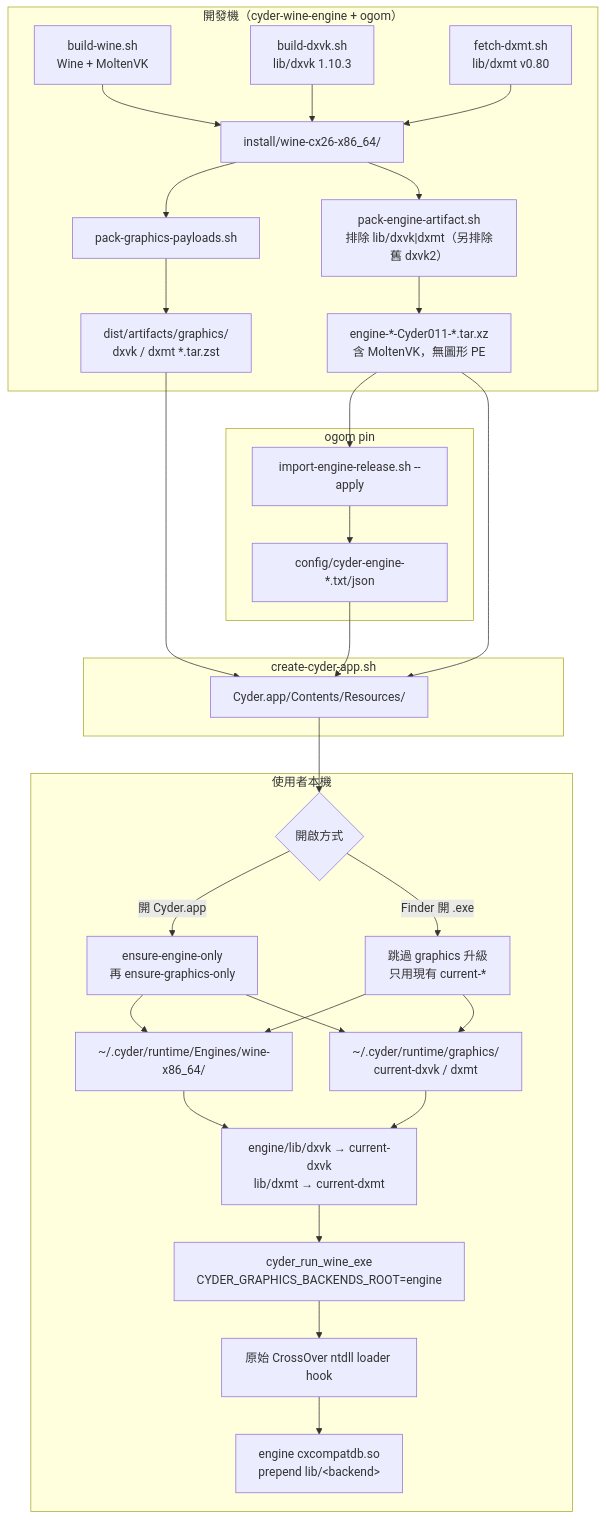
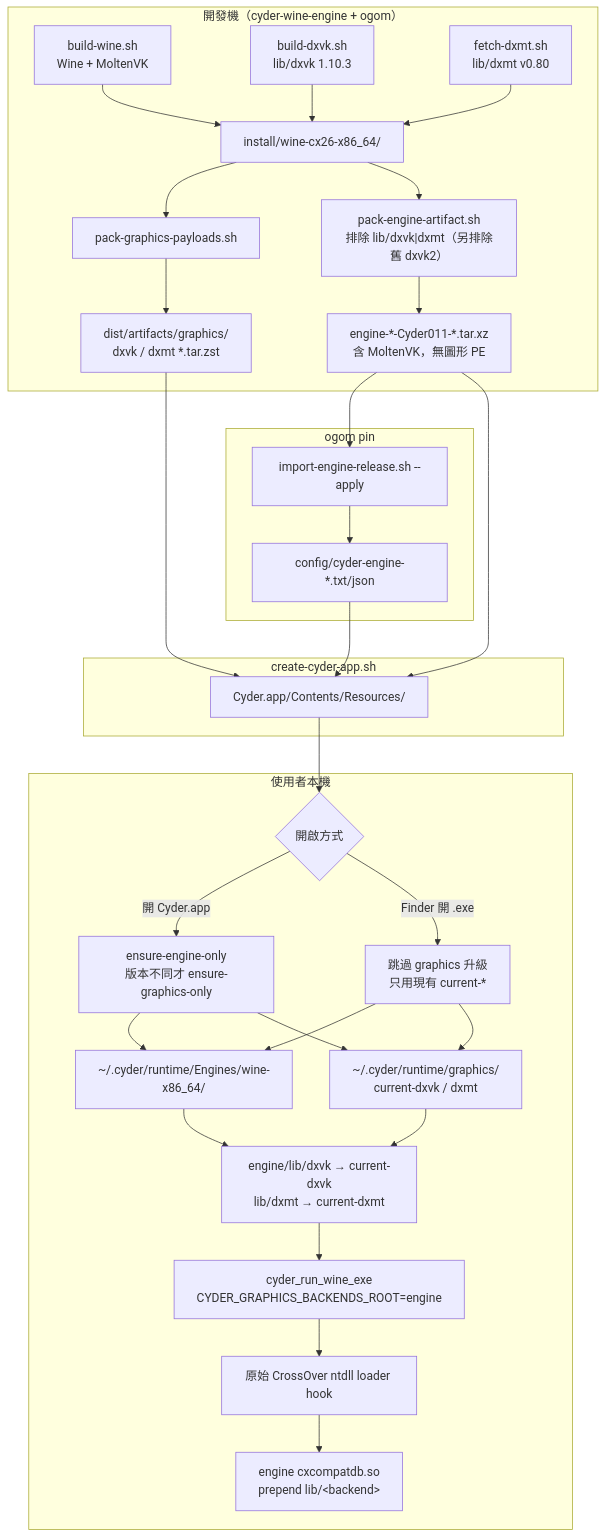
The first of 5 diagrams in docs/cyder-graphics-runtime-pipeline.zh-TW.md (dspp779/CyderBits), drawn with Mermaid before and after one commit. The commit also changed other lines of this file and 2 other files, not shown here.

First line of the commit message:
perf(app): gate graphics ensure on bundled version

````diff
--- a/docs/cyder-graphics-runtime-pipeline.zh-TW.md
+++ b/docs/cyder-graphics-runtime-pipeline.zh-TW.md
@@ -23,42 +23,42 @@
 ```mermaid
 flowchart TB
   subgraph build["開發機（cyder-wine-engine + ogom）"]
     WINE["build-wine.sh<br/>Wine + MoltenVK"]
     DX1["build-dxvk.sh<br/>lib/dxvk 1.10.3"]
     DXMT["fetch-dxmt.sh<br/>lib/dxmt v0.80"]
     WINE --> INSTALL["install/wine-cx26-x86_64/"]
     DX1 --> INSTALL
     DXMT --> INSTALL
     INSTALL --> PACKG["pack-graphics-payloads.sh"]
     PACKG --> GART["dist/artifacts/graphics/<br/>dxvk / dxmt *.tar.zst"]
     INSTALL --> PACKE["pack-engine-artifact.sh<br/>排除 lib/dxvk|dxmt（另排除舊 dxvk2）"]
     PACKE --> EART["engine-*-Cyder011-*.tar.xz<br/>含 MoltenVK，無圖形 PE"]
   end
 
   subgraph pin["ogom pin"]
     IMP["import-engine-release.sh --apply"]
     EART --> IMP
     IMP --> CFG["config/cyder-engine-*.txt/json"]
   end
 
   subgraph app["create-cyder-app.sh"]
     CFG --> BUNDLE["Cyder.app/Contents/Resources/"]
     GART --> BUNDLE
     EART --> BUNDLE
   end
 
   subgraph user["使用者本機"]
     BUNDLE --> OPEN{"開啟方式"}
-    OPEN -->|"開 Cyder.app"| ENS["ensure-engine-only<br/>再 ensure-graphics-only"]
+    OPEN -->|"開 Cyder.app"| ENS["ensure-engine-only<br/>版本不同才 ensure-graphics-only"]
     OPEN -->|"Finder 開 .exe"| SKIP["跳過 graphics 升級<br/>只用現有 current-*"]
     ENS --> ENG["~/.cyder/runtime/Engines/wine-x86_64/"]
     ENS --> GFX["~/.cyder/runtime/graphics/<br/>current-dxvk / dxmt"]
     SKIP --> ENG
     SKIP --> GFX
     ENG --> LINK["engine/lib/dxvk → current-dxvk<br/>lib/dxmt → current-dxmt"]
     GFX --> LINK
     LINK --> LAUNCH["cyder_run_wine_exe<br/>CYDER_GRAPHICS_BACKENDS_ROOT=engine"]
     LAUNCH --> HOOK["原始 CrossOver ntdll loader hook"]
     HOOK --> CDB["engine cxcompatdb.so<br/>prepend lib/&lt;backend&gt;"]
   end
 ```
````
